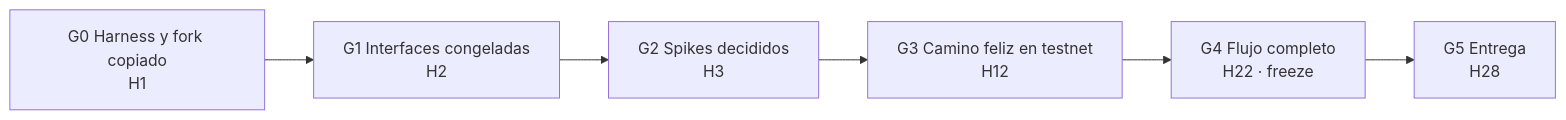
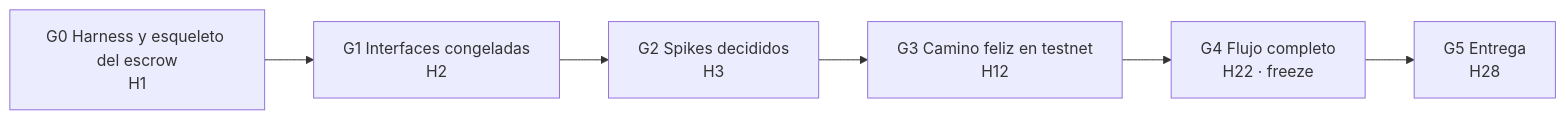
The first of 2 diagrams in docs/PIPELINE.md (jzelada97/Pledge), drawn with Mermaid before and after one commit. The commit also changed other lines of this file and 1 other file, not shown here.

First line of the commit message:
docs(docs): quitar el fork de TW del pipeline y registrar la decisión

````diff
--- a/docs/PIPELINE.md
+++ b/docs/PIPELINE.md
@@ -7,8 +7,8 @@
 ```mermaid
 flowchart LR
-  G0[G0 Harness y fork copiado<br/>H1] --> G1[G1 Interfaces congeladas<br/>H2]
+  G0[G0 Harness y esqueleto del escrow<br/>H1] --> G1[G1 Interfaces congeladas<br/>H2]
   G1 --> G2[G2 Spikes decididos<br/>H3]
   G2 --> G3[G3 Camino feliz en testnet<br/>H12]
   G3 --> G4[G4 Flujo completo<br/>H22 · freeze]
   G4 --> G5[G5 Entrega<br/>H28]
 ```
````
